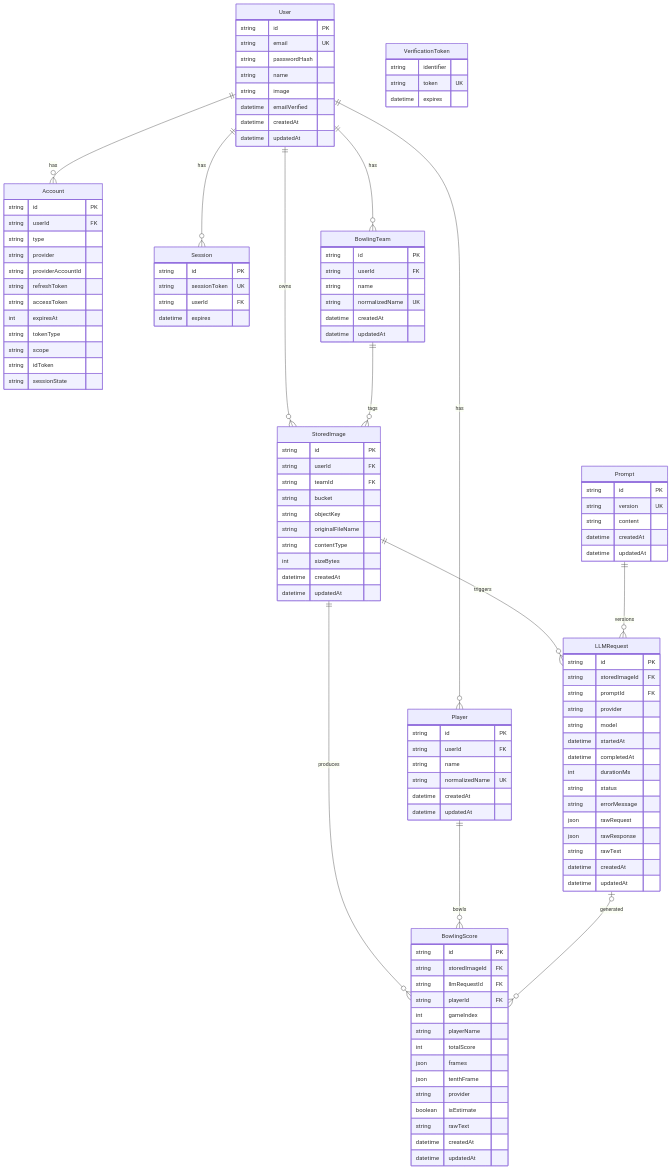
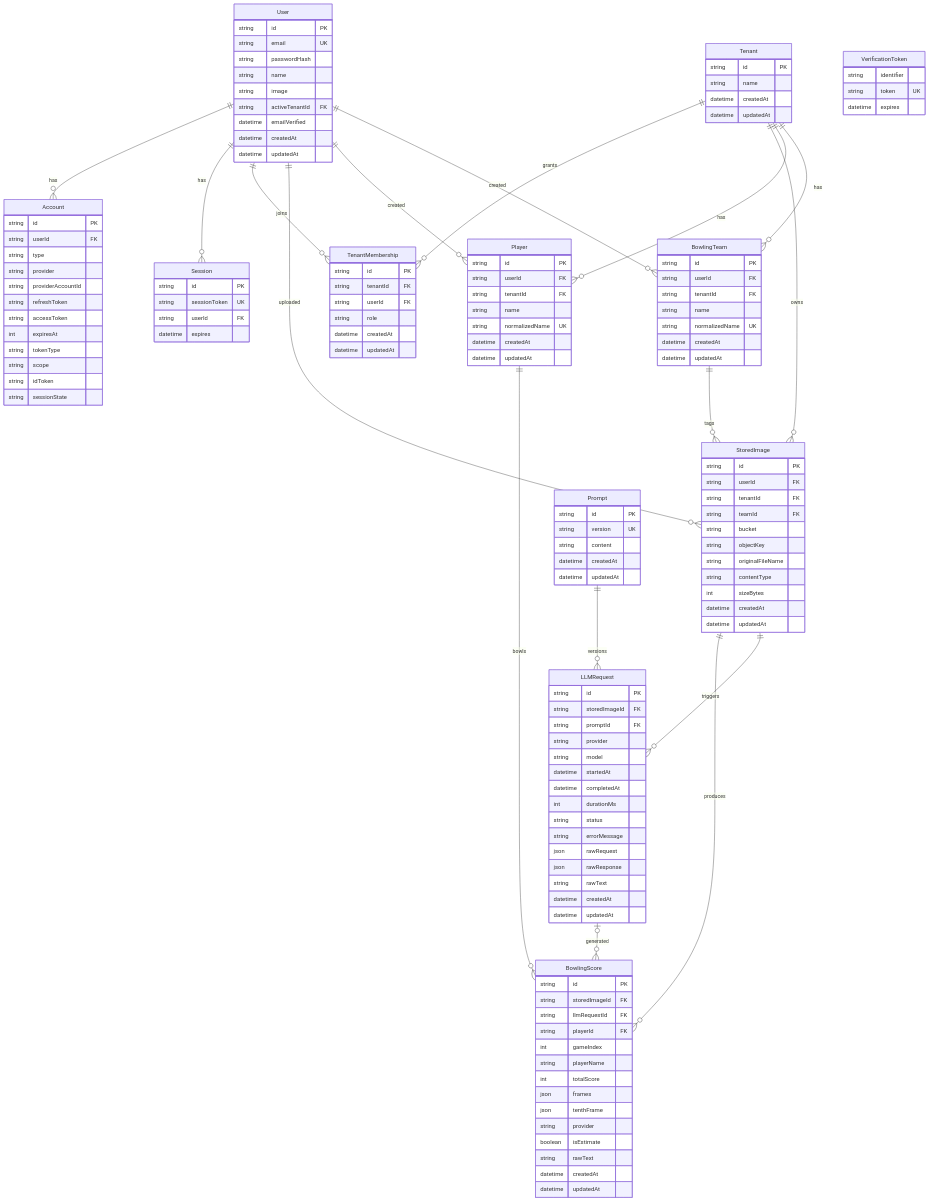
Before and after one commit to mcbrown87/bowling-score-card-vibes: the first of 2 diagrams in bowling-scorecard/docs/data-model.md, drawn with Mermaid. The commit also changed other lines of this file and 49 other files, not shown here.

```diff
--- a/bowling-scorecard/docs/data-model.md
+++ b/bowling-scorecard/docs/data-model.md
@@ -12,7 +12,24 @@
         string passwordHash
         string name
         string image
+        string activeTenantId FK
         datetime emailVerified
+        datetime createdAt
+        datetime updatedAt
+    }
+
+    Tenant {
+        string id PK
+        string name
+        datetime createdAt
+        datetime updatedAt
+    }
+
+    TenantMembership {
+        string id PK
+        string tenantId FK
+        string userId FK
+        string role
         datetime createdAt
         datetime updatedAt
     }
@@ -48,6 +65,7 @@
     StoredImage {
         string id PK
         string userId FK
+        string tenantId FK
         string teamId FK
         string bucket
         string objectKey
@@ -61,6 +79,7 @@
     Player {
         string id PK
         string userId FK
+        string tenantId FK
         string name
         string normalizedName UK
         datetime createdAt
@@ -70,6 +89,7 @@
     BowlingTeam {
         string id PK
         string userId FK
+        string tenantId FK
         string name
         string normalizedName UK
         datetime createdAt
@@ -121,9 +141,14 @@
 
     User ||--o{ Account : has
     User ||--o{ Session : has
-    User ||--o{ StoredImage : owns
-    User ||--o{ Player : has
-    User ||--o{ BowlingTeam : has
+    User ||--o{ TenantMembership : joins
+    Tenant ||--o{ TenantMembership : grants
+    Tenant ||--o{ StoredImage : owns
+    Tenant ||--o{ Player : has
+    Tenant ||--o{ BowlingTeam : has
+    User ||--o{ StoredImage : uploaded
+    User ||--o{ Player : created
+    User ||--o{ BowlingTeam : created
     BowlingTeam ||--o{ StoredImage : tags
     StoredImage ||--o{ BowlingScore : produces
     Player ||--o{ BowlingScore : bowls
```
